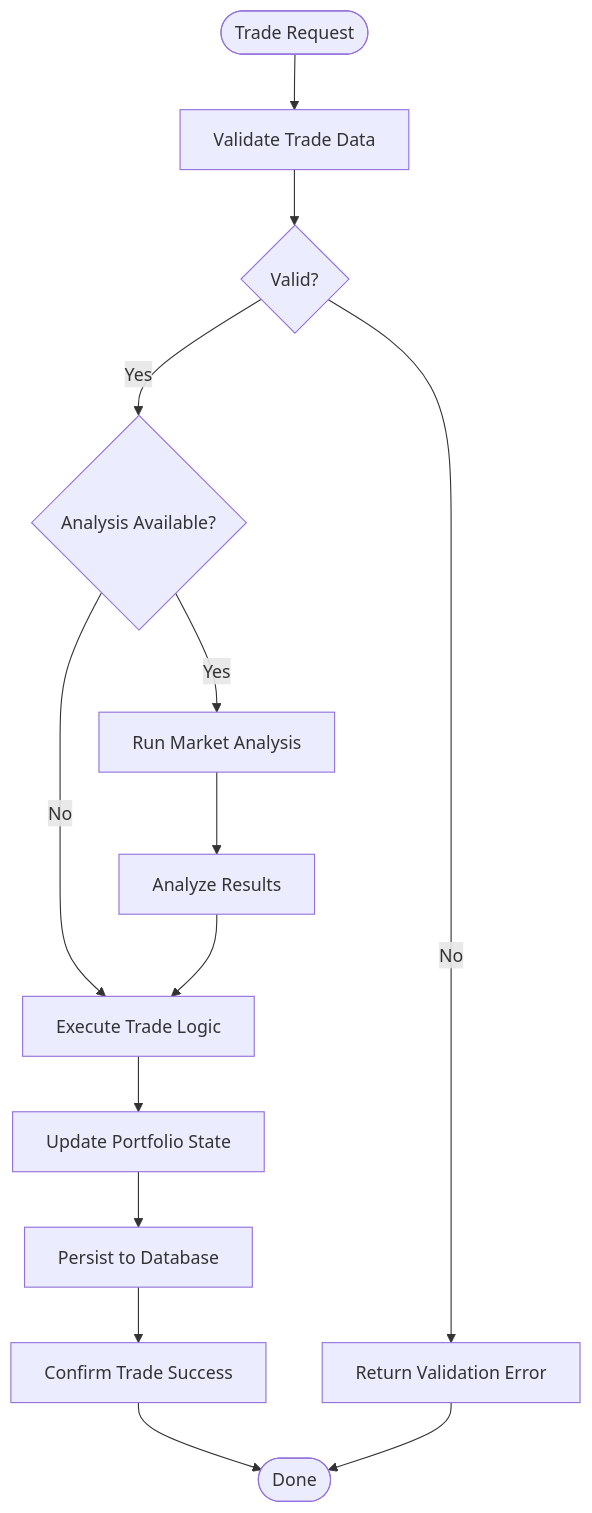
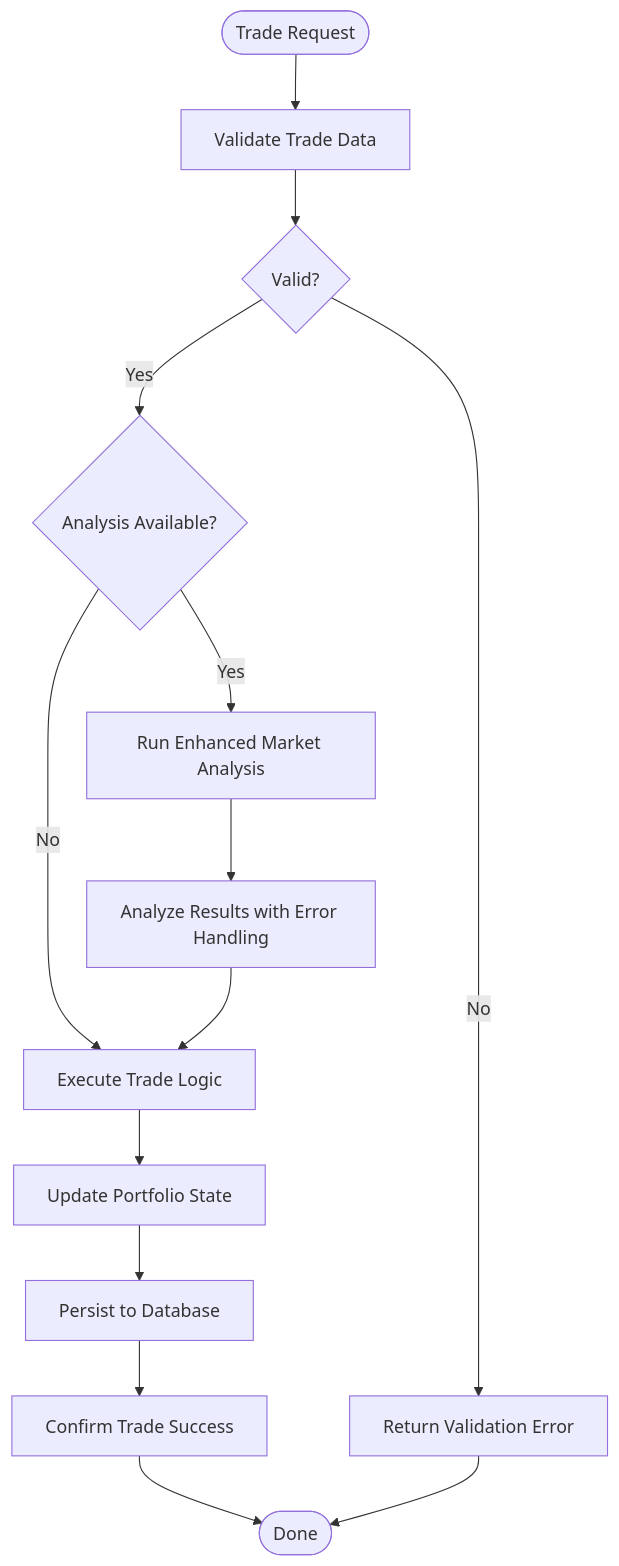
One commit to ZengSeng/telegram-bot changed the seventh of 12 diagrams in .qoder/repowiki/en/content/Core Components/Analysis Framework.md. Above: the diagram before and after it, drawn with Mermaid. The commit also changed other lines of this file and 9 other files, not shown here.

````diff
--- a/.qoder/repowiki/en/content/Core Components/Analysis Framework.md
+++ b/.qoder/repowiki/en/content/Core Components/Analysis Framework.md
@@ -334,16 +371,16 @@
 ```mermaid
 flowchart TD
 Start(["Trade Request"]) --> Validate["Validate Trade Data"]
 Validate --> Valid{"Valid?"}
 Valid --> |No| Error["Return Validation Error"]
 Valid --> |Yes| CheckAnalysis{"Analysis Available?"}
-CheckAnalysis --> |Yes| RunAnalysis["Run Market Analysis"]
+CheckAnalysis --> |Yes| RunAnalysis["Run Enhanced Market Analysis"]
 CheckAnalysis --> |No| Execute["Execute Trade Logic"]
-RunAnalysis --> AnalyzeResult["Analyze Results"]
+RunAnalysis --> AnalyzeResult["Analyze Results with Error Handling"]
 AnalyzeResult --> Execute["Execute Trade Logic"]
 Execute --> UpdatePortfolio["Update Portfolio State"]
 UpdatePortfolio --> Persist["Persist to Database"]
 Persist --> Confirm["Confirm Trade Success"]
 Confirm --> End(["Done"])
 Error --> End
 ```
````
